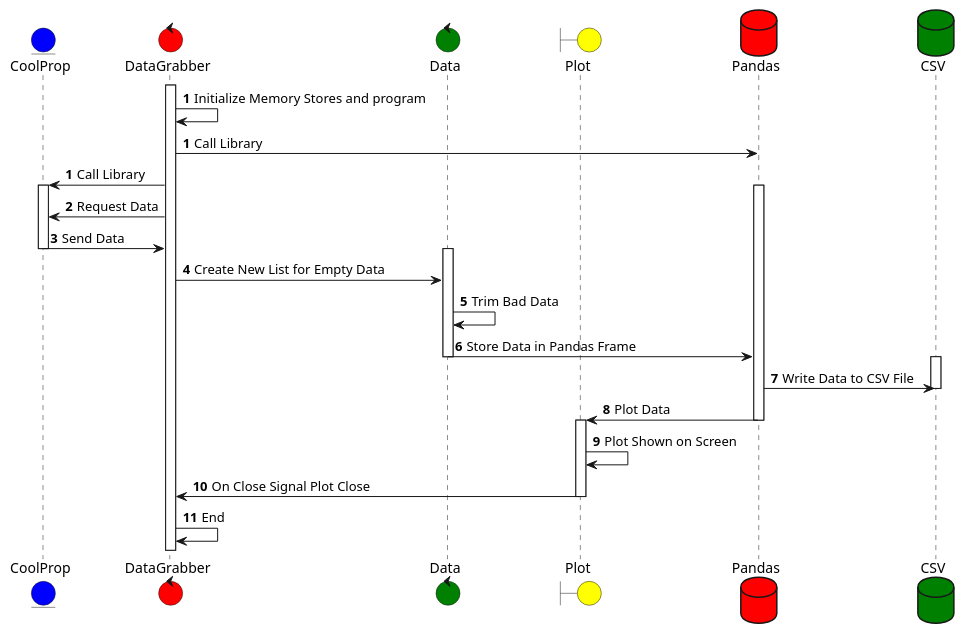
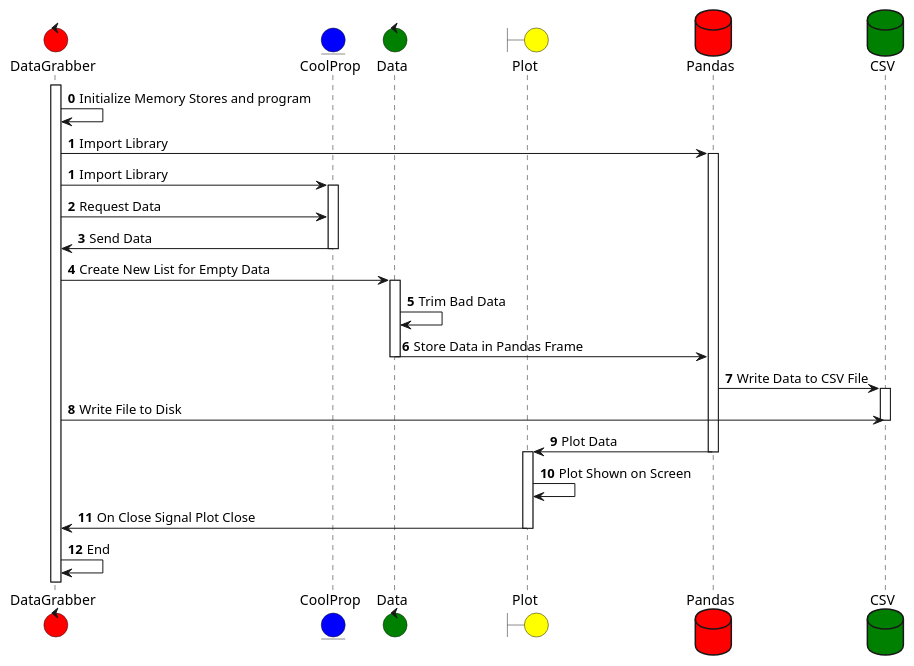
One commit to nick5435/thermo-bridge changed the diagram in data_flow.plantuml. Above: the diagram before and after it, drawn with PlantUML. The commit also changed 5 other files, not shown here.

```diff
--- a/data_flow.plantuml
+++ b/data_flow.plantuml
@@ -1,40 +1,44 @@
 @startuml
+control DataGrabber #red
 entity CoolProp  #blue
-control DataGrabber #red
 control Data #green
 boundary Plot #yellow
 database Pandas #red
 database CSV #green
 
-autonumber
+autonumber 0 1
 activate DataGrabber
 DataGrabber -> DataGrabber: Initialize Memory Stores and program
 autonumber 1
-DataGrabber -> Pandas: Call Library
+DataGrabber -> Pandas: Import Library
+activate Pandas
 autonumber 1
-DataGrabber -> CoolProp: Call Library
+DataGrabber -> CoolProp: Import Library
 autonumber 2 1
-activate Pandas
+
 activate CoolProp
 DataGrabber -> CoolProp: Request Data
 CoolProp -> DataGrabber: Send Data
 deactivate CoolProp
+
+DataGrabber -> Data: Create New List for Empty Data
 activate Data
-DataGrabber -> Data: Create New List for Empty Data
 Data -> Data: Trim Bad Data
 Data -> Pandas: Store Data in Pandas Frame
 deactivate Data
+
+Pandas -> CSV: Write Data to CSV File
 activate CSV
-Pandas -> CSV: Write Data to CSV File
+DataGrabber-> CSV: Write File to Disk
 deactivate CSV
 Pandas -> Plot: Plot Data
 deactivate Pandas
 activate Plot
 
 Plot->Plot: Plot Shown on Screen
 Plot->DataGrabber: On Close Signal Plot Close
 deactivate Plot
 DataGrabber -> DataGrabber: End
 
 
 @enduml
```
